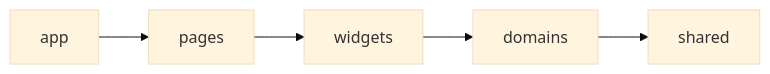
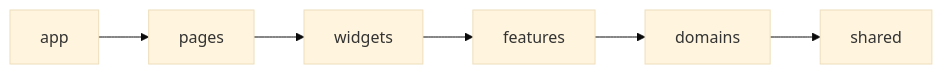
One commit to Developer-kongyu/nexora-web changed the diagram in README.md. Above: the diagram before and after it, drawn with Mermaid (base theme). The commit also changed other lines of this file and 209 other files, not shown here.

````diff
--- a/README.md
+++ b/README.md
@@ -44,7 +61,8 @@
 ```mermaid
 flowchart LR
     app --> pages
     pages --> widgets
-    widgets --> domains
+    widgets --> features
+    features --> domains
     domains --> shared
 ```
````
